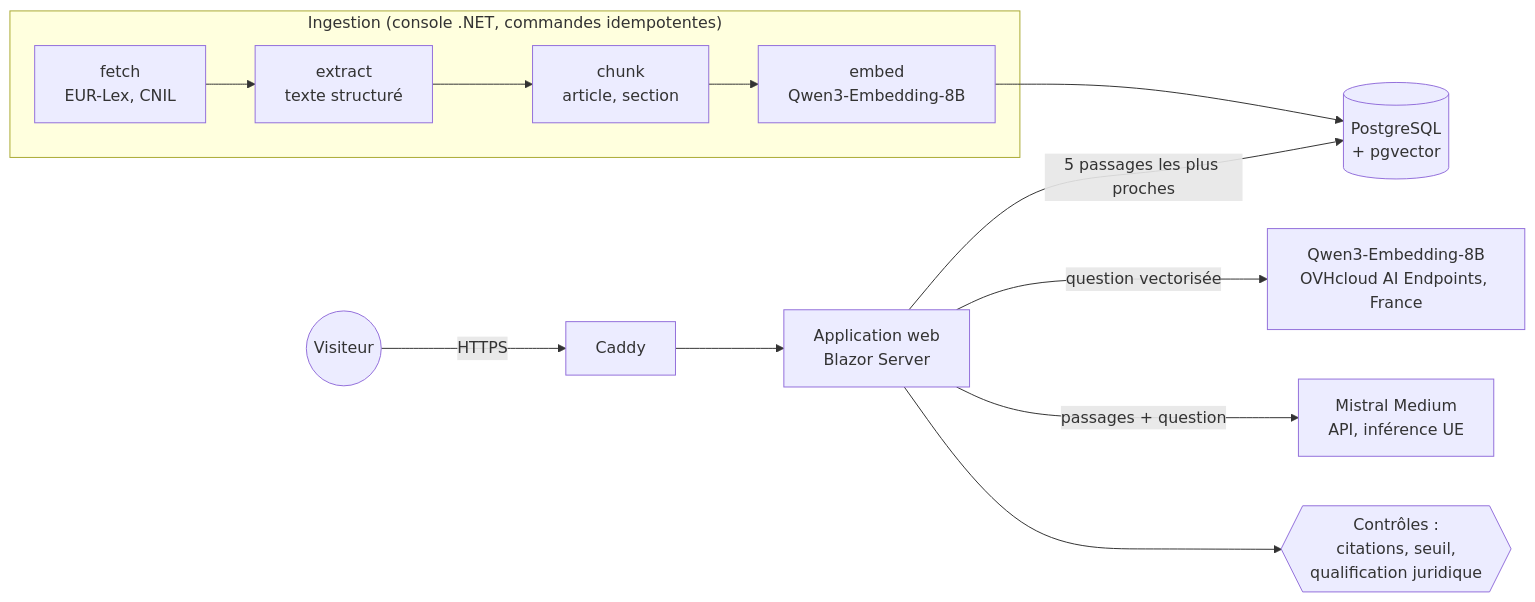
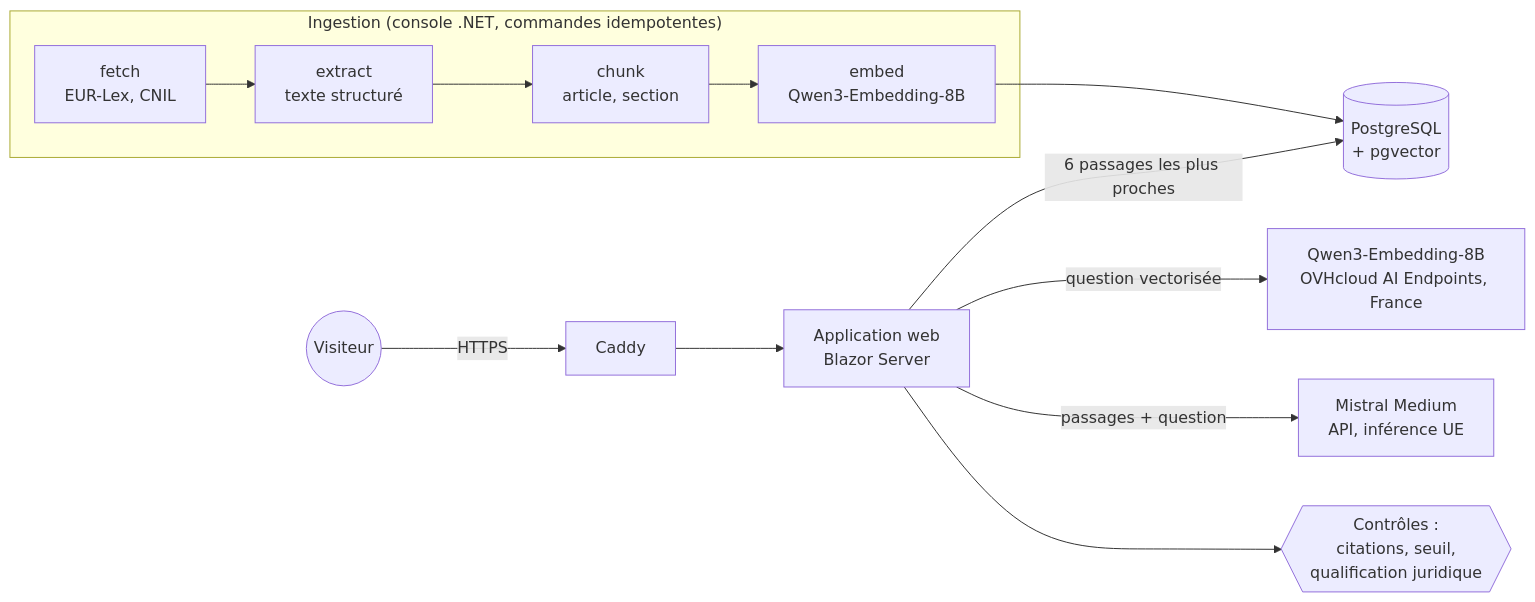
One commit to olick/limpide changed the diagram in README.md. Above: the diagram before and after it, drawn with Mermaid. The commit also changed other lines of this file and 13 other files, not shown here.

````diff
--- a/README.md
+++ b/README.md
@@ -27,13 +27,13 @@
 ```mermaid
 flowchart LR
     subgraph Ingestion["Ingestion (console .NET, commandes idempotentes)"]
         F[fetch<br/>EUR-Lex, CNIL] --> E[extract<br/>texte structuré] --> C[chunk<br/>article, section] --> M[embed<br/>Qwen3-Embedding-8B]
     end
     M --> DB[(PostgreSQL<br/>+ pgvector)]
     U((Visiteur)) -->|HTTPS| P[Caddy]
     P --> W[Application web<br/>Blazor Server]
     W -->|question vectorisée| O[Qwen3-Embedding-8B<br/>OVHcloud AI Endpoints, France]
-    W -->|5 passages les plus proches| DB
+    W -->|6 passages les plus proches| DB
     W -->|passages + question| L[Mistral Medium<br/>API, inférence UE]
     W --> G{{Contrôles :<br/>citations, seuil,<br/>qualification juridique}}
 ```
````
